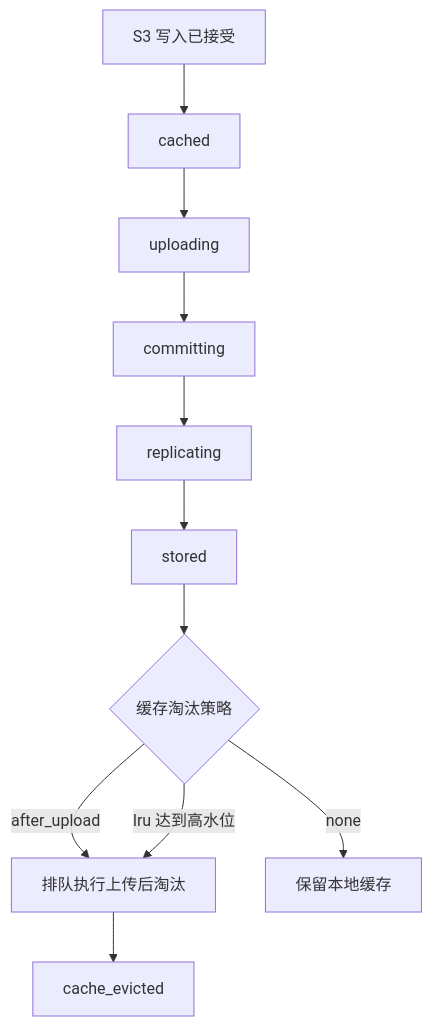
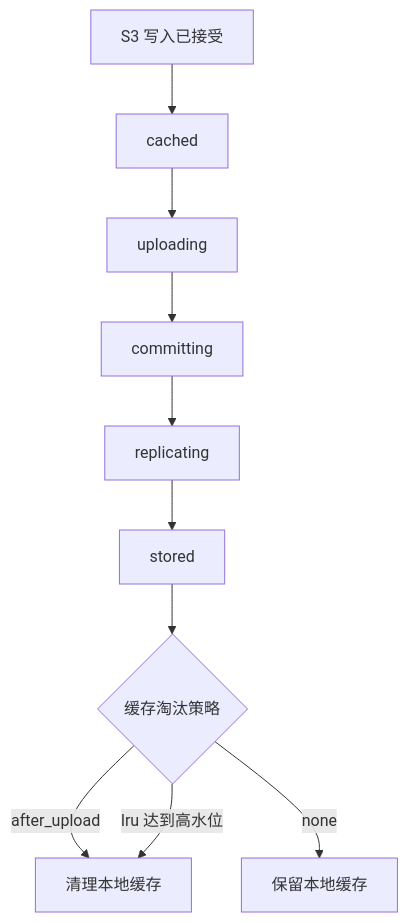
The diagram in docs/zh/concepts/filecoin-storage-flow.md (strahe/SynapS3), drawn with Mermaid before and after one commit. The commit also changed other lines of this file and 324 other files, not shown here.

First line of the commit message:
refactor: unify task engine and database architecture (#18)

````diff
--- a/docs/zh/concepts/filecoin-storage-flow.md
+++ b/docs/zh/concepts/filecoin-storage-flow.md
@@ -12,13 +12,12 @@
 ```mermaid
 flowchart TD
   put["S3 写入已接受"] --> cached["cached"]
   cached --> uploading["uploading"]
   uploading --> committing["committing"]
   committing --> replicating["replicating"]
   replicating --> stored["stored"]
   stored --> policy{"缓存淘汰策略"}
-  policy -->|"after_upload"| evict["排队执行上传后淘汰"]
+  policy -->|"after_upload"| evict["清理本地缓存"]
   policy -->|"lru 达到高水位"| evict
   policy -->|"none"| retain["保留本地缓存"]
-  evict --> evicted["cache_evicted"]
 ```
````
